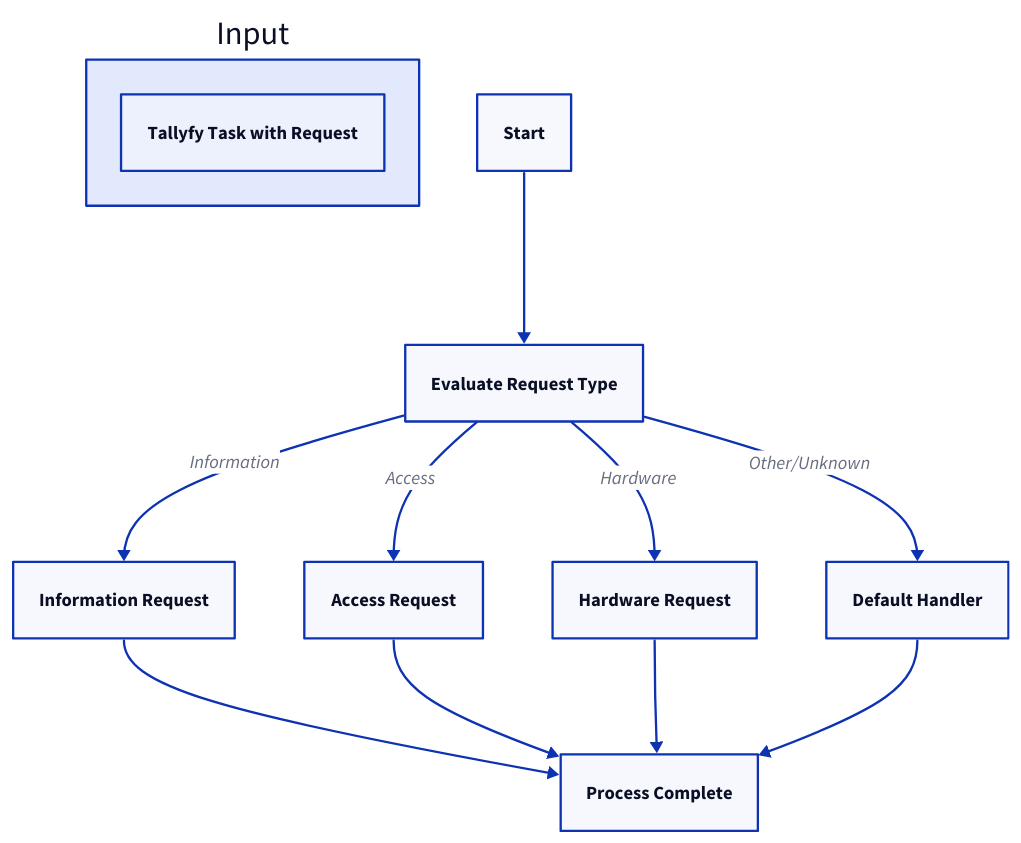
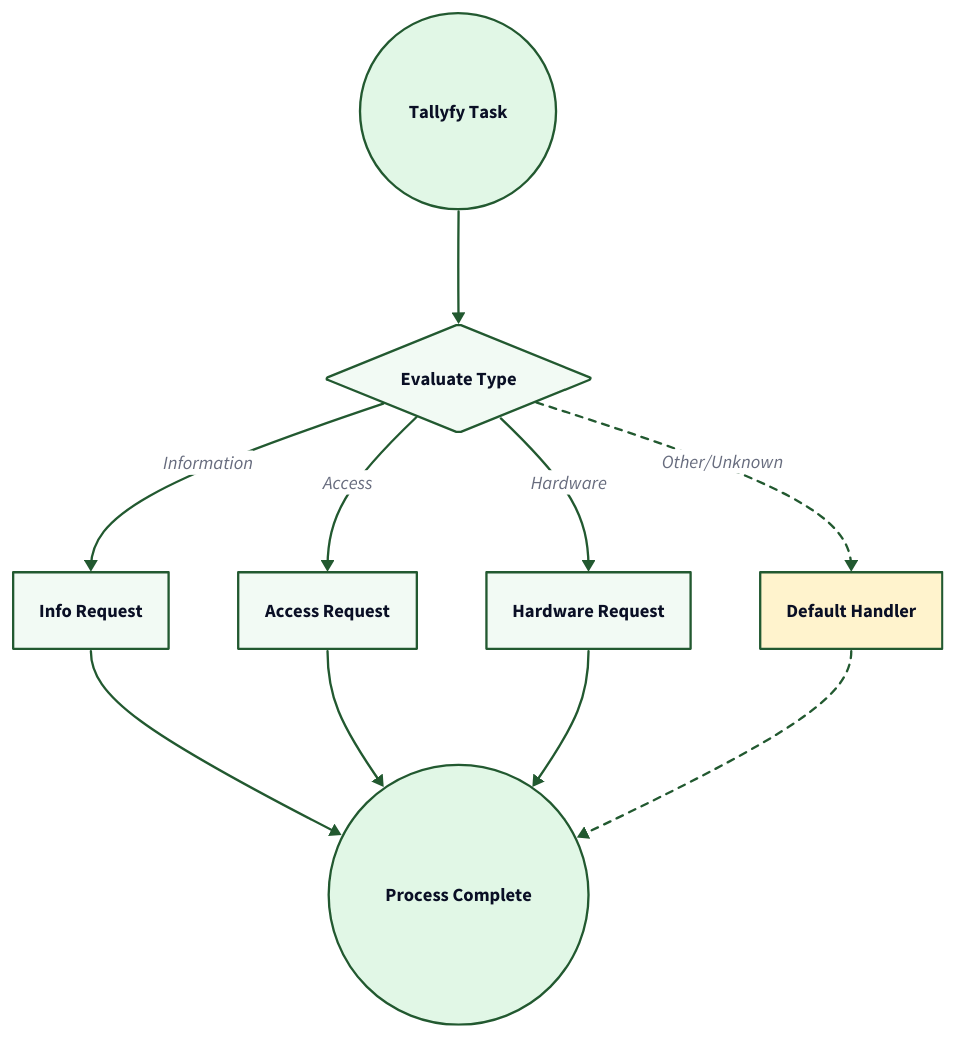
One commit to tallyfy/documentation changed the diagram in src/content/docs/pro/integrations/middleware/power-automate/advanced-conditions-and-expressions.mdx. Above: the diagram before and after it, drawn with D2. The commit also changed other lines of this file and 605 other files, not shown here.

````diff
--- a/src/content/docs/pro/integrations/middleware/power-automate/advanced-conditions-and-expressions.mdx
+++ b/src/content/docs/pro/integrations/middleware/power-automate/advanced-conditions-and-expressions.mdx
@@ -94,27 +95,91 @@
 ```d2
-Access: "Access"
-Default: "Default"
-End: "End"
-Evaluate: "Evaluate"
-Hardware: "Hardware"
-Info: "Info"
-Start: "Start"
-"Input": {
-Start: "Tallyfy Task with Request"
+direction: down
+
+# Start
+Start: Tallyfy Task {
+  shape: circle
+  style.fill: "#e1f7e6"
+  style.stroke: "#225930"
+  style.stroke-width: 2
 }
-Evaluate: "Evaluate Request Type"
-Info: "Information Request"
-Access: "Access Request"
-Hardware: "Hardware Request"
-Default: "Default Handler"
-End: "Process Complete"
-Start -> Evaluate
-Evaluate -> Info: "Information"
-Evaluate -> Access: "Access"
-Evaluate -> Hardware: "Hardware"
-Evaluate -> Default: "Other/Unknown"
-Info -> End
-Access -> End
-Hardware -> End
-Default -> End
+
+# Evaluation
+Evaluate: Evaluate Type {
+  shape: diamond
+  style.fill: "#f2faf4"
+  style.stroke: "#225930"
+}
+
+# Case Branches
+Info: Info Request {
+  shape: rectangle
+  style.fill: "#f2faf4"
+  style.stroke: "#225930"
+}
+
+Access: Access Request {
+  shape: rectangle
+  style.fill: "#f2faf4"
+  style.stroke: "#225930"
+}
+
+Hardware: Hardware Request {
+  shape: rectangle
+  style.fill: "#f2faf4"
+  style.stroke: "#225930"
+}
+
+Default: Default Handler {
+  shape: rectangle
+  style.fill: "#fff3cd"
+  style.stroke: "#225930"
+}
+
+# End
+End: Process Complete {
+  shape: circle
+  style.fill: "#e1f7e6"
+  style.stroke: "#225930"
+  style.stroke-width: 2
+}
+
+# Flow
+Start -> Evaluate {
+  style.stroke: "#225930"
+  style.stroke-width: 2
+}
+
+Evaluate -> Info: Information {
+  style.stroke: "#225930"
+}
+
+Evaluate -> Access: Access {
+  style.stroke: "#225930"
+}
+
+Evaluate -> Hardware: Hardware {
+  style.stroke: "#225930"
+}
+
+Evaluate -> Default: Other/Unknown {
+  style.stroke: "#225930"
+  style.stroke-dash: 3
+}
+
+Info -> End {
+  style.stroke: "#225930"
+}
+
+Access -> End {
+  style.stroke: "#225930"
+}
+
+Hardware -> End {
+  style.stroke: "#225930"
+}
+
+Default -> End {
+  style.stroke: "#225930"
+  style.stroke-dash: 3
+}
 ```
````
